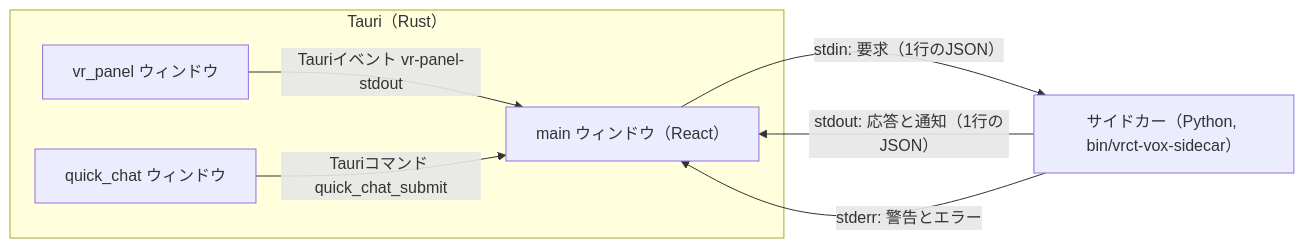
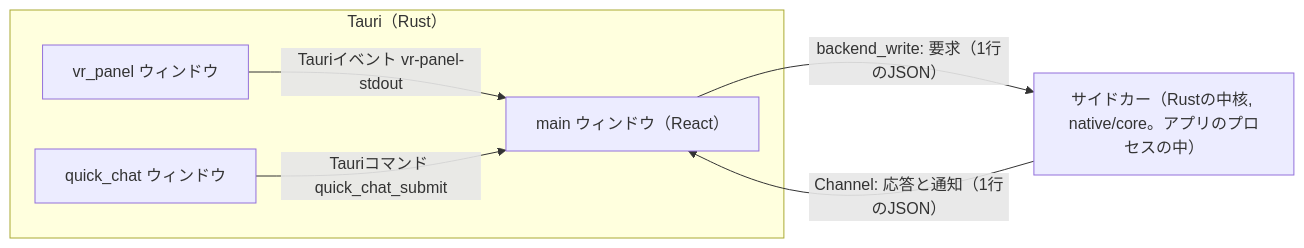
The first of 2 diagrams in docs/spec/ipc-protocol.md (kein5/astarot), drawn with Mermaid before and after one commit. The commit also changed other lines of this file and 82 other files, not shown here.

First line of the commit message:
feat(core)!: run the rust core as the only backend and stop shipping python

````diff
--- a/docs/spec/ipc-protocol.md
+++ b/docs/spec/ipc-protocol.md
@@ -9,14 +9,13 @@
 ```mermaid
 flowchart LR
   subgraph Tauri["Tauri（Rust）"]
     main["main ウィンドウ（React）"]
     vr["vr_panel ウィンドウ"]
     qc["quick_chat ウィンドウ"]
   end
-  side["サイドカー（Python, bin/vrct-vox-sidecar）"]
-  main -- "stdin: 要求（1行のJSON）" --> side
-  side -- "stdout: 応答と通知（1行のJSON）" --> main
-  side -- "stderr: 警告とエラー" --> main
+  side["サイドカー（Rustの中核, native/core。アプリのプロセスの中）"]
+  main -- "backend_write: 要求（1行のJSON）" --> side
+  side -- "Channel: 応答と通知（1行のJSON）" --> main
   vr -- "Tauriイベント vr-panel-stdout" --> main
   qc -- "Tauriコマンド quick_chat_submit" --> main
 ```
````
